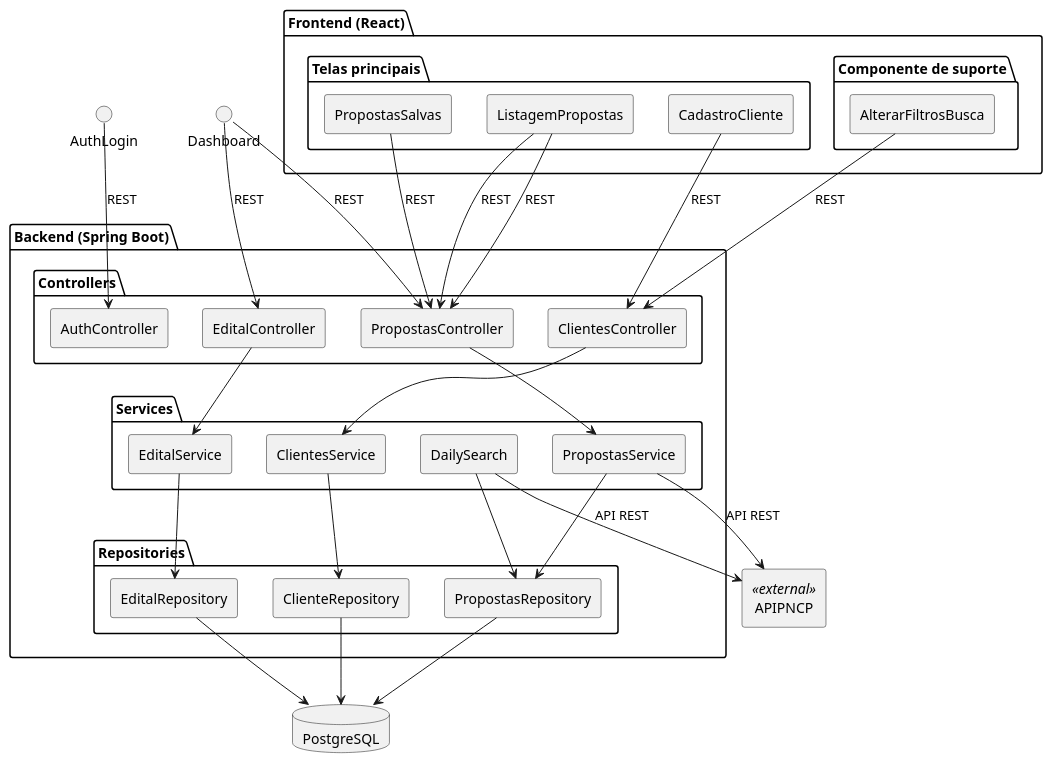
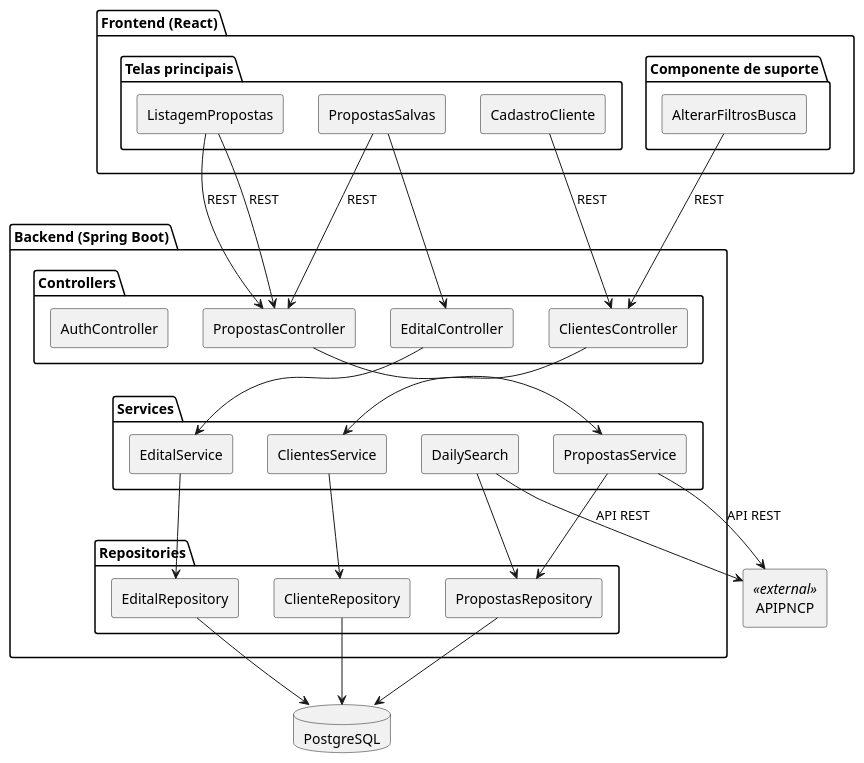
Before and after one commit to LiveiraO2110/eng-software-kurt-mod1: the diagram in docs/arquitetura/diagrama_de_componentes.puml, drawn with PlantUML.

```diff
--- a/docs/arquitetura/diagrama_de_componentes.puml
+++ b/docs/arquitetura/diagrama_de_componentes.puml
@@ -1,75 +1,72 @@
 @startuml
 
 skinparam componentStyle rectangle
 skinparam backgroundColor white
 
 
 package "Frontend (React)" {
 
   package "Telas principais" {
     [CadastroCliente] 
     [ListagemPropostas] 
     [PropostasSalvas] 
   }
 
   package "Componente de suporte" {
     [AlterarFiltrosBusca]
   }
 }
 
 package "Backend (Spring Boot)" {
 
     package "Controllers" {
         [ClientesController]
         [PropostasController]
         [EditalController]
         [AuthController]
     }
 
     package "Services" {
         [PropostasService]
         [ClientesService]
         [DailySearch]
         [EditalService]
     }
 
     package "Repositories" {
         [PropostasRepository]
         [ClienteRepository]
         [EditalRepository]
     }
 }
 
 database "PostgreSQL" as DB
 
 [APIPNCP] <<external>>
 
 ' Frontend → Controllers
 CadastroCliente    --> ClientesController   : REST
 ListagemPropostas  --> PropostasController  : REST
 PropostasSalvas    --> PropostasController  : REST 
 ListagemPropostas  --> PropostasController  : REST 
-Dashboard          --> PropostasController  : REST
-AuthLogin          --> AuthController       : REST
-Dashboard          --> EditalController     : REST
-AlterarFiltrosBusca       --> ClientesController   : REST
-
+AlterarFiltrosBusca      --> ClientesController   : REST
+PropostasSalvas    --> EditalController
 
 PropostasController --> PropostasService
 ClientesController --> ClientesService
 EditalController --> EditalService
 
 ClientesService --> ClienteRepository
 PropostasService --> PropostasRepository
 EditalService --> EditalRepository
 
 DailySearch --> PropostasRepository
 
 PropostasService --> APIPNCP : API REST
 DailySearch --> APIPNCP : API REST
 
 PropostasRepository --> DB
 ClienteRepository --> DB
 EditalRepository --> DB
 
 @enduml
```
